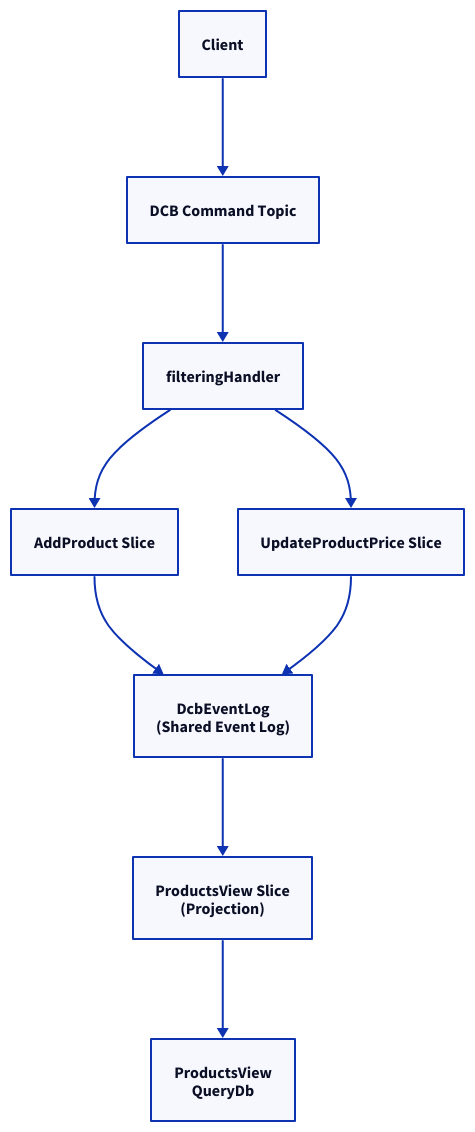
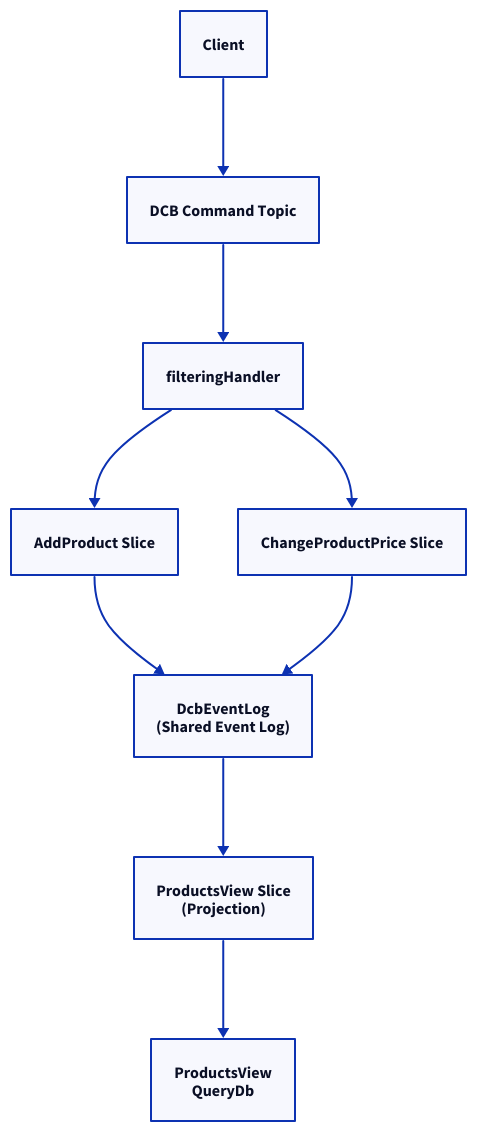
The diagram in packages/doc/docs-framework/architecture/dcb.md (ReventlessDev/reventless-core), drawn with D2 before and after one commit. The commit also changed 187 other files, not shown here.

````diff
--- a/packages/doc/docs-framework/architecture/dcb.md
+++ b/packages/doc/docs-framework/architecture/dcb.md
@@ -7,19 +7,19 @@
 ```d2
 Client: Client { class: client }
 SQS: "DCB Command Topic" { class: command-topic }
 Handler: "filteringHandler" { class: command-generator }
 Slice1: AddProduct Slice { class: state-change-slice }
-Slice2: UpdateProductPrice Slice { class: state-change-slice }
+Slice2: ChangeProductPrice Slice { class: state-change-slice }
 EventLog: "DcbEventLog\n(Shared Event Log)" { class: dcb-event-log }
 ViewSlice: "ProductsView Slice\n(Projection)" { class: state-view-slice }
 QueryDb: "ProductsView\nQueryDb" { class: query-db }
 
 Client -> SQS: { class: command-flow }
 SQS -> Handler: { class: command-flow }
 Handler -> Slice1: { class: command-flow }
 Handler -> Slice2: { class: command-flow }
 Slice1 -> EventLog: { class: event-flow }
 Slice2 -> EventLog: { class: event-flow }
 EventLog -> ViewSlice: { class: projection-flow }
 ViewSlice -> QueryDb: { class: projection-flow }
 ```
````
